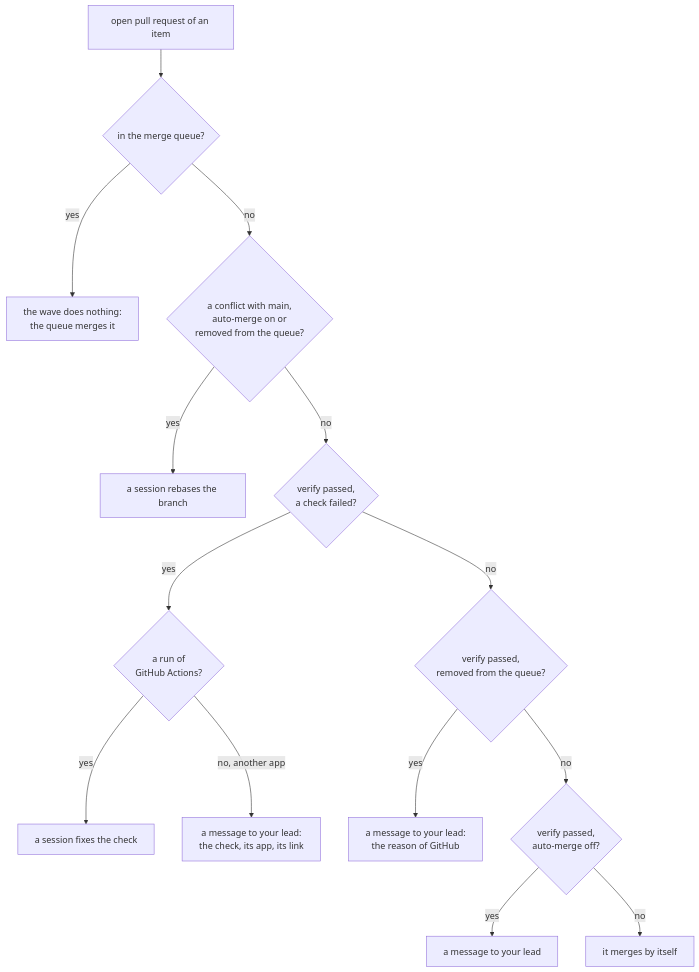
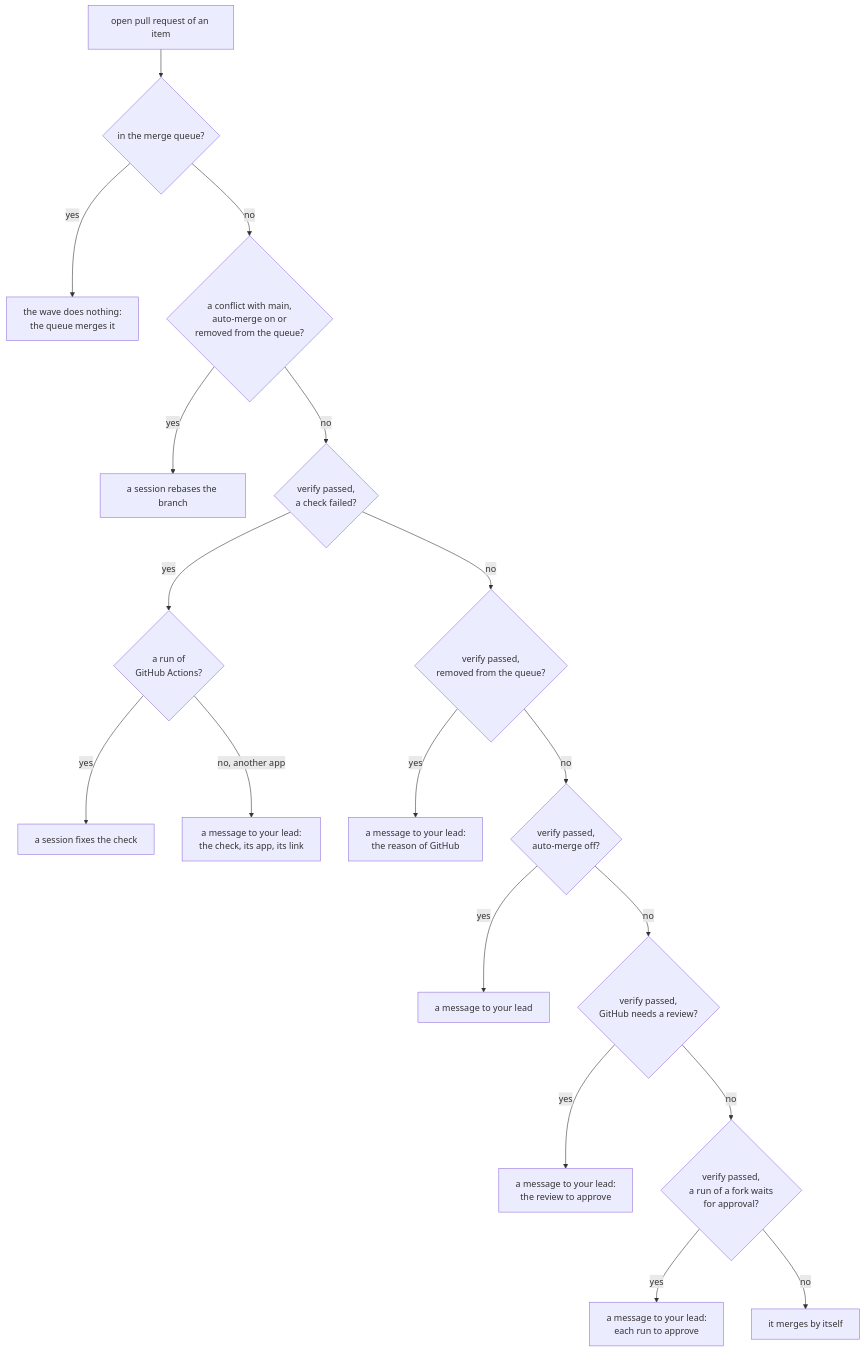
Before and after one commit to como-technologies/riff: diagram 21 of 49 in docs/src/development.md, drawn with Mermaid. The commit also changed other lines of this file and 6 other files, not shown here.

First line of the commit message:
A verified pull request that waits for a review, or for the approval of a run of a fork, tells the lead

````diff
--- a/docs/src/development.md
+++ b/docs/src/development.md
@@ -1740,16 +1740,20 @@
 ```mermaid
 flowchart TD
     P["open pull request of an item"] --> Q{"in the merge queue?"}
     Q -- yes --> W["the wave does nothing:<br/>the queue merges it"]
     Q -- no --> C{"a conflict with main,<br/>auto-merge on or<br/>removed from the queue?"}
     C -- yes --> R["a session rebases the branch"]
     C -- no --> F{"verify passed,<br/>a check failed?"}
     F -- yes --> G{"a run of<br/>GitHub Actions?"}
     G -- yes --> B["a session fixes the check"]
     G -- "no, another app" --> N["a message to your lead:<br/>the check, its app, its link"]
     F -- no --> D{"verify passed,<br/>removed from the queue?"}
     D -- yes --> M2["a message to your lead:<br/>the reason of GitHub"]
     D -- no --> A{"verify passed,<br/>auto-merge off?"}
     A -- yes --> M["a message to your lead"]
-    A -- no --> OK["it merges by itself"]
+    A -- no --> V{"verify passed,<br/>GitHub needs a review?"}
+    V -- yes --> M3["a message to your lead:<br/>the review to approve"]
+    V -- no --> U{"verify passed,<br/>a run of a fork waits<br/>for approval?"}
+    U -- yes --> M4["a message to your lead:<br/>each run to approve"]
+    U -- no --> OK["it merges by itself"]
 ```
````
